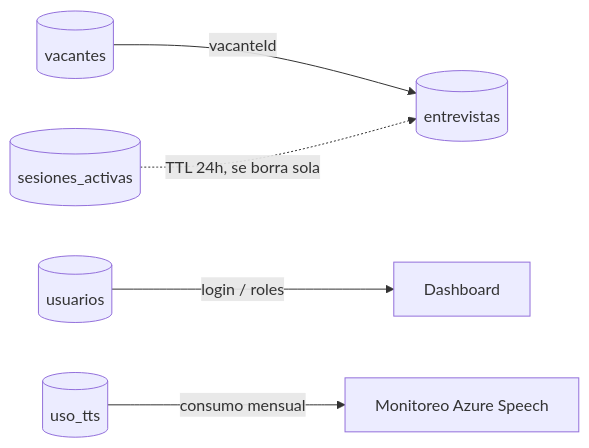
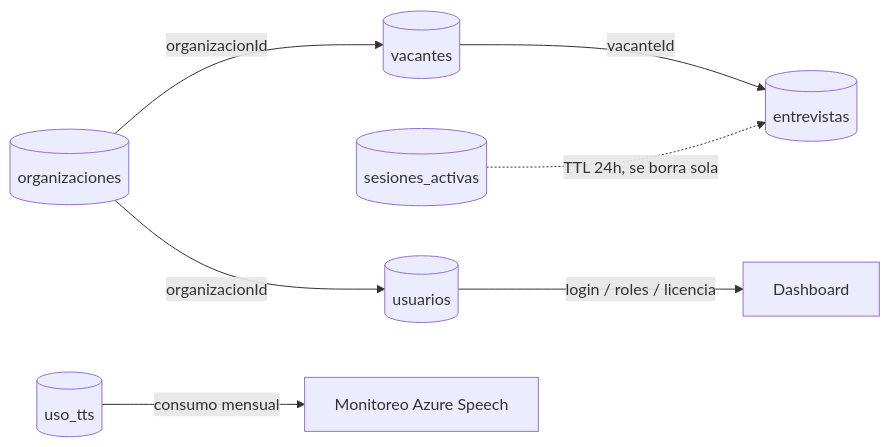
Before and after one commit to MiguelRA-Dev/H-DH-R-DashBoard: the second of 3 diagrams in docs/ARQUITECTURA.md, drawn with Mermaid. The commit also changed other lines of this file, not shown here.

````diff
--- a/docs/ARQUITECTURA.md
+++ b/docs/ARQUITECTURA.md
@@ -88,13 +96,16 @@
 ```mermaid
 flowchart LR
+    O[("organizaciones")]
     V[("vacantes")]
     E[("entrevistas")]
     S[("sesiones_activas")]
     U[("usuarios")]
     TT[("uso_tts")]
 
+    O -- "organizacionId" --> V
+    O -- "organizacionId" --> U
     V -- "vacanteId" --> E
     S -. "TTL 24h, se borra sola" .-> E
-    U -- "login / roles" --> Dash["Dashboard"]
+    U -- "login / roles / licencia" --> Dash["Dashboard"]
     TT -- "consumo mensual" --> AzureMon["Monitoreo Azure Speech"]
 ```
````
